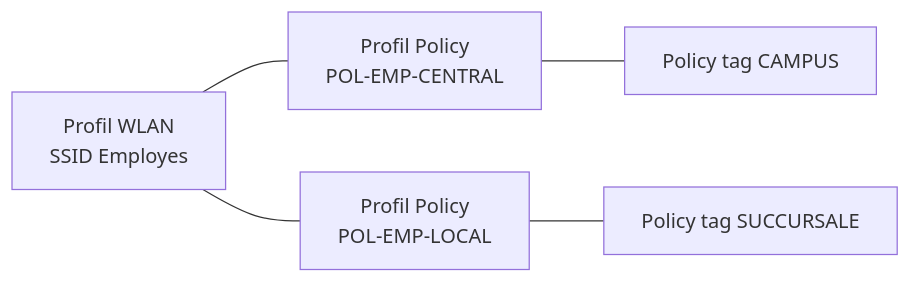
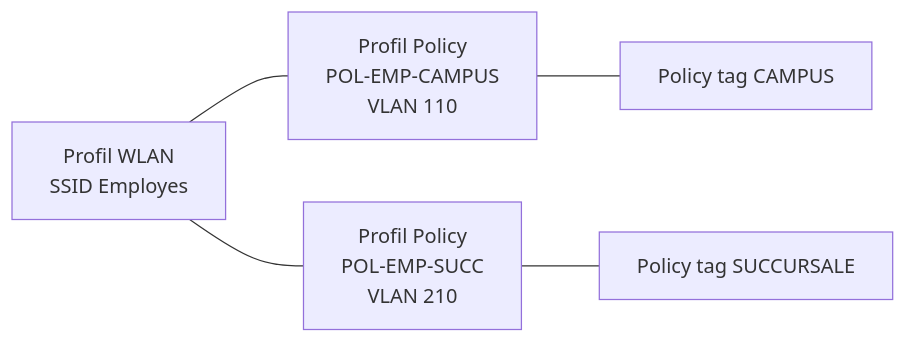
One commit to btcem/3C5-WiFi1 changed the diagram in docs/m2-chap-2-policy.md. Above: the diagram before and after it, drawn with Mermaid. The commit also changed other lines of this file and 27 other files, not shown here.

````diff
--- a/docs/m2-chap-2-policy.md
+++ b/docs/m2-chap-2-policy.md
@@ -20,12 +24,12 @@
 ```mermaid
 flowchart LR
   WLAN["Profil WLAN<br/>SSID Employes"]
-  PC["Profil Policy<br/>POL-EMP-CENTRAL"]
-  PL["Profil Policy<br/>POL-EMP-LOCAL"]
-  TC["Policy tag CAMPUS"]
-  TS["Policy tag SUCCURSALE"]
-  WLAN --- PC
-  WLAN --- PL
-  PC --- TC
-  PL --- TS
+  P1["Profil Policy<br/>POL-EMP-CAMPUS<br/>VLAN 110"]
+  P2["Profil Policy<br/>POL-EMP-SUCC<br/>VLAN 210"]
+  T1["Policy tag CAMPUS"]
+  T2["Policy tag SUCCURSALE"]
+  WLAN --- P1
+  WLAN --- P2
+  P1 --- T1
+  P2 --- T2
 ```
````
